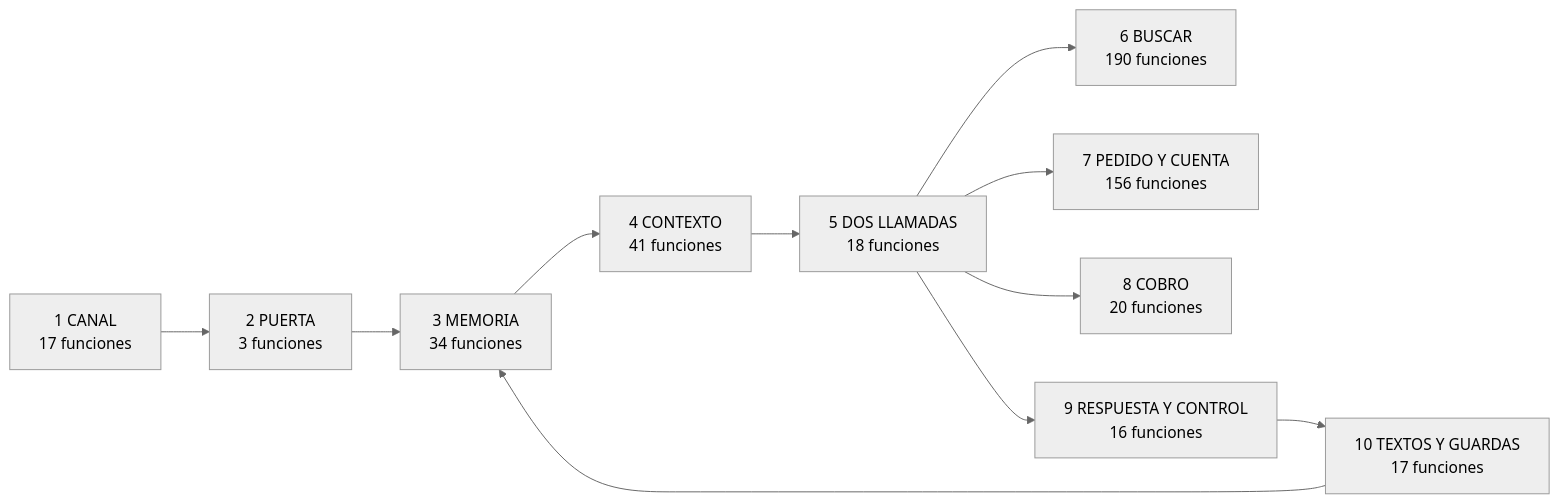
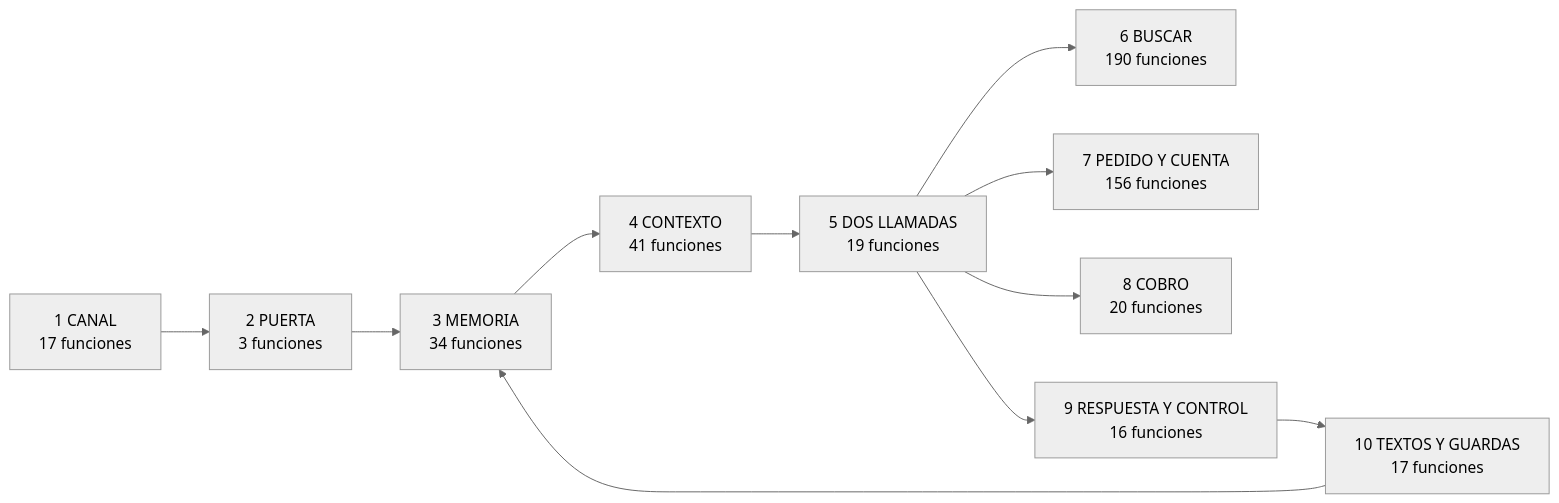
The diagram in arquitectura/DIAGRAMA_FLUJO.md (martinrf79/Verifika), drawn with Mermaid (neutral theme) before and after one commit. The commit also changed other lines of this file and 21 other files, not shown here.

````diff
--- a/arquitectura/DIAGRAMA_FLUJO.md
+++ b/arquitectura/DIAGRAMA_FLUJO.md
@@ -11,20 +11,20 @@
 ```mermaid
 flowchart LR
   C1["1 CANAL<br/>17 funciones"]
   C2["2 PUERTA<br/>3 funciones"]
   C3["3 MEMORIA<br/>34 funciones"]
   C4["4 CONTEXTO<br/>41 funciones"]
-  C5["5 DOS LLAMADAS<br/>18 funciones"]
+  C5["5 DOS LLAMADAS<br/>19 funciones"]
   C6["6 BUSCAR<br/>190 funciones"]
   C7["7 PEDIDO Y CUENTA<br/>156 funciones"]
   C8["8 COBRO<br/>20 funciones"]
   C9["9 RESPUESTA Y CONTROL<br/>16 funciones"]
   C10["10 TEXTOS Y GUARDAS<br/>17 funciones"]
   C1 --> C2 --> C3 --> C4 --> C5
   C5 --> C6
   C5 --> C7
   C5 --> C8
   C5 --> C9
   C9 --> C10
   C10 --> C3
 ```
````
